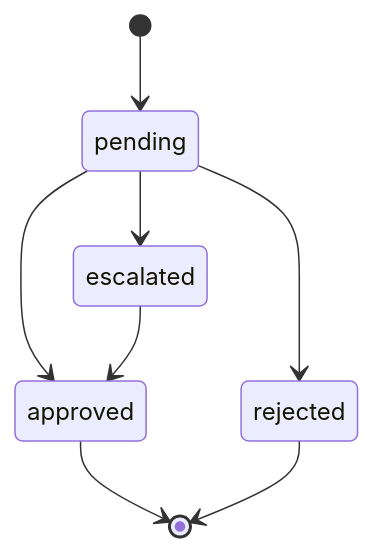
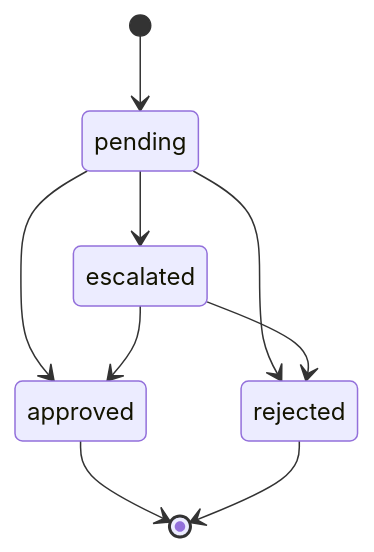
The second of 2 diagrams in README.md (ECONEURA/ECONEURA-), drawn with Mermaid before and after one commit. The commit also changed other lines of this file, not shown here.

````diff
--- a/README.md
+++ b/README.md
@@ -77,10 +83,11 @@
 ```mermaid
 stateDiagram-v2
   [*] --> pending
   pending --> approved
   pending --> rejected
   pending --> escalated
   escalated --> approved
+  escalated --> rejected
   approved --> [*]
   rejected --> [*]
 ```
````
